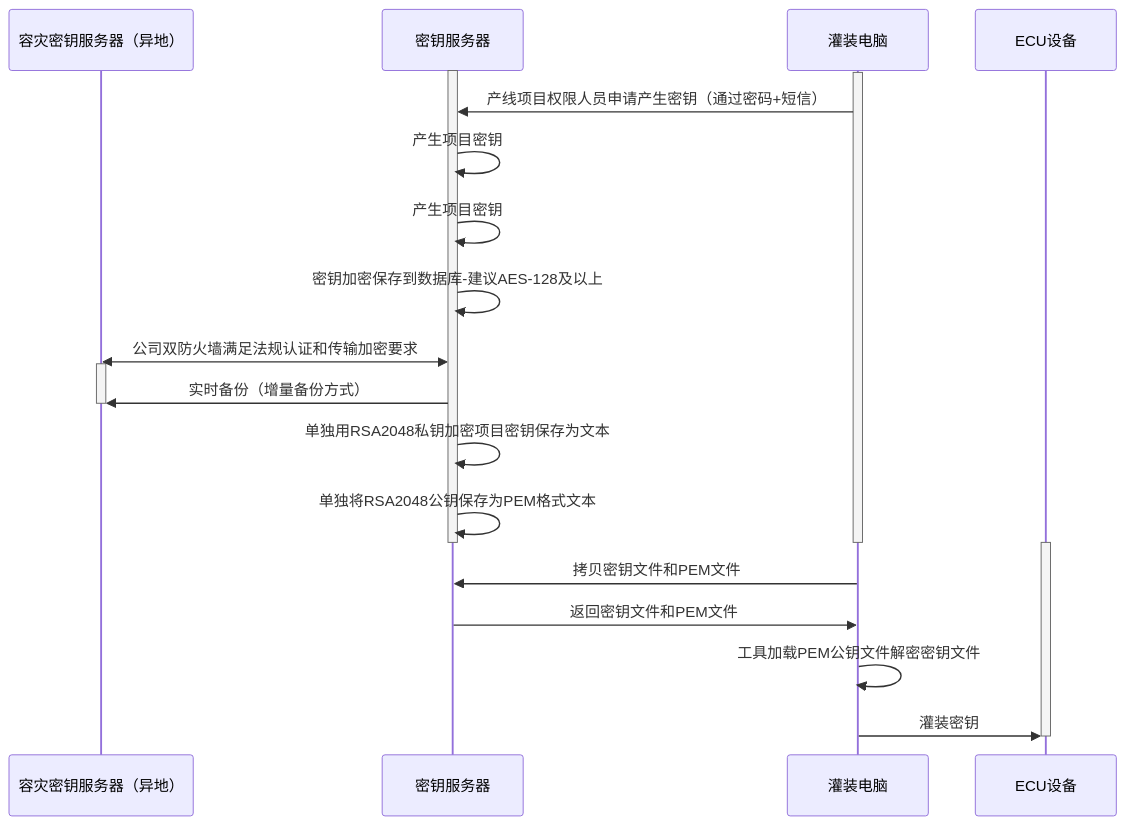
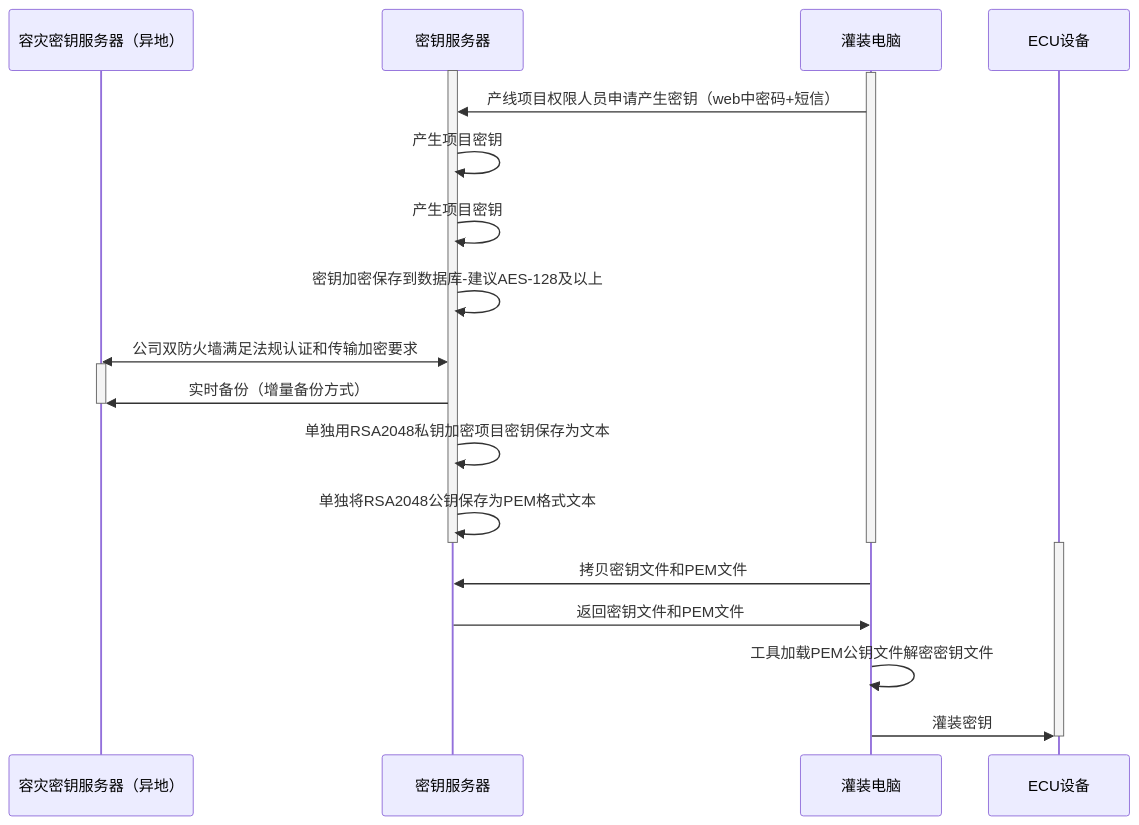
Before and after one commit to facebook-cloud/iodraw-files: the diagram in all/未命名-15.md, drawn with Mermaid.

Commit message:
2026-02-11 19:25:04 update

````diff
--- a/all/未命名-15.md
+++ b/all/未命名-15.md
@@ -1,31 +1,31 @@
 ```mermaid
 sequenceDiagram
     participant A as 容灾密钥服务器（异地）
     participant B as 密钥服务器
     participant D as 灌装电脑
     participant E as ECU设备
 
     activate B
     activate D
-    D->>B: 产线项目权限人员申请产生密钥（通过密码+短信）
+    D->>B: 产线项目权限人员申请产生密钥（web中密码+短信）
     B->>B: 产生项目密钥
     B->>B: 产生项目密钥
     B->>B: 密钥加密保存到数据库-建议AES-128及以上
     A<<->>B: 公司双防火墙满足法规认证和传输加密要求
 
     activate A
     B->>A: 实时备份（增量备份方式）
     deactivate A
     B->>B: 单独用RSA2048私钥加密项目密钥保存为文本
     B->>B: 单独将RSA2048公钥保存为PEM格式文本
     deactivate B
     deactivate D
 
     activate E
     D->>B: 拷贝密钥文件和PEM文件
     B->>D: 返回密钥文件和PEM文件
     D->>D:工具加载PEM公钥文件解密密钥文件
     D->>E: 灌装密钥
     deactivate E
 
 ```
````
